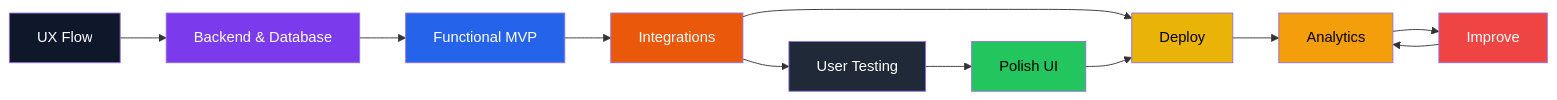
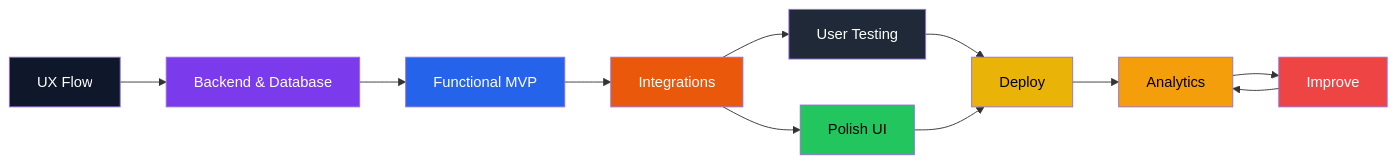
The diagram in README.md (Monika-3/Monika-3), drawn with Mermaid before and after one commit.

Commit message:
Update README for integration and deployment flow

````diff
--- a/README.md
+++ b/README.md
@@ -41,27 +41,28 @@
 ```mermaid
 flowchart LR
 
 UX[UX Flow] --> BD[Backend & Database]
 BD --> MVP[Functional MVP]
 
 MVP --> INT[Integrations]
 INT --> UT[User Testing]
 
-UT --> UI[Polish UI]
-INT --> DEP[Deploy]
+INT --> UI[Polish UI]
 
+
+UT --> DEP[Deploy]
 UI --> DEP[Deploy]
 DEP --> AN[Analytics]
 AN --> IMP[Improve]
 IMP --> AN
 
 style UX fill:#0f172a,color:#fff
 style BD fill:#7c3aed,color:#fff
 style MVP fill:#2563eb,color:#fff
 style UT fill:#1f2937,color:#fff
 style INT fill:#ea580c,color:#fff
 style UI fill:#22c55e,color:#000
 style DEP fill:#eab308,color:#000
 style AN fill:#f59e0b,color:#000
 style IMP fill:#ef4444,color:#fff
 ```
````
